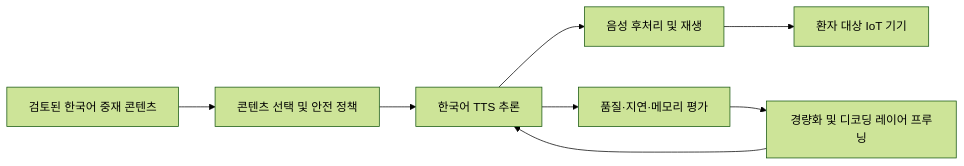
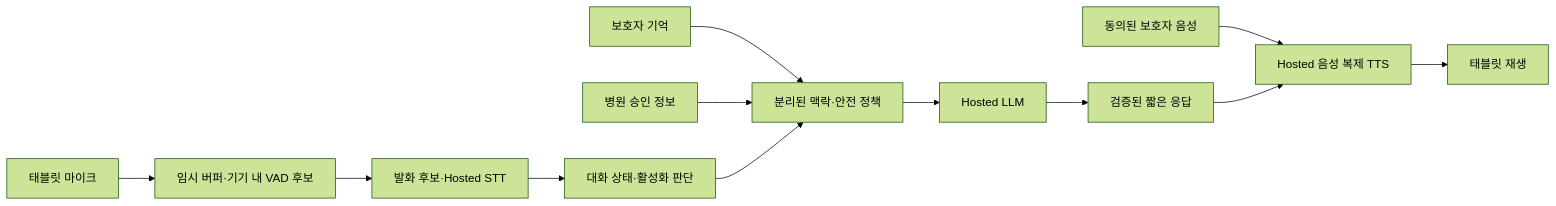
The diagram in architecture/README.md (GracieRho/KoF5-TTS-delirium), drawn with Mermaid (forest theme) before and after one commit. The commit also changed other lines of this file and 23 other files, not shown here.

````diff
--- a/architecture/README.md
+++ b/architecture/README.md
@@ -7,10 +7,14 @@
 ```mermaid
 flowchart LR
-    A["검토된 한국어 중재 콘텐츠"] --> B["콘텐츠 선택 및 안전 정책"]
-    B --> C["한국어 TTS 추론"]
-    C --> D["음성 후처리 및 재생"]
-    D --> E["환자 대상 IoT 기기"]
-    C --> F["품질·지연·메모리 평가"]
-    F --> G["경량화 및 디코딩 레이어 프루닝"]
-    G --> C
+    A["태블릿 마이크"] --> B["임시 버퍼·기기 내 VAD 후보"]
+    B --> C["발화 후보·Hosted STT"]
+    C --> D["대화 상태·활성화 판단"]
+    E["보호자 기억"] --> F["분리된 맥락·안전 정책"]
+    G["병원 승인 정보"] --> F
+    D --> F
+    F --> H["Hosted LLM"]
+    H --> I["검증된 짧은 응답"]
+    J["동의된 보호자 음성"] --> K["Hosted 음성 복제 TTS"]
+    I --> K
+    K --> L["태블릿 재생"]
 ```
````
